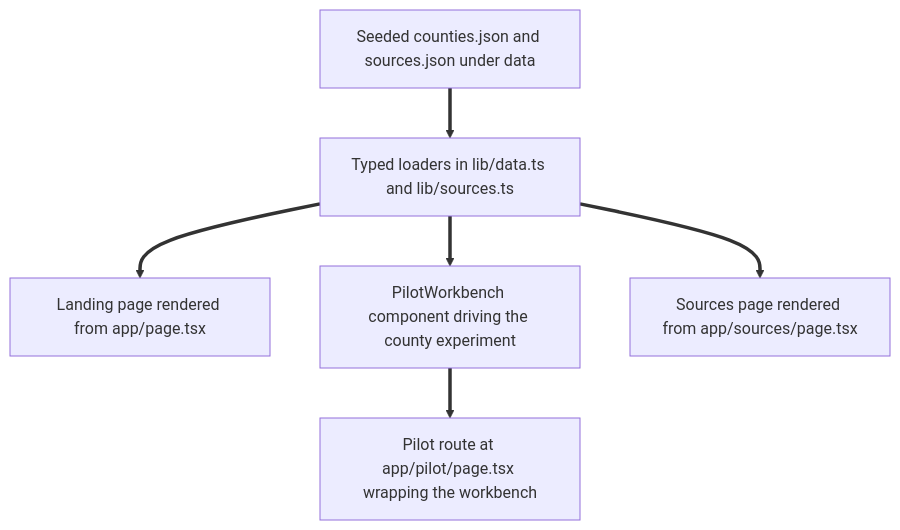
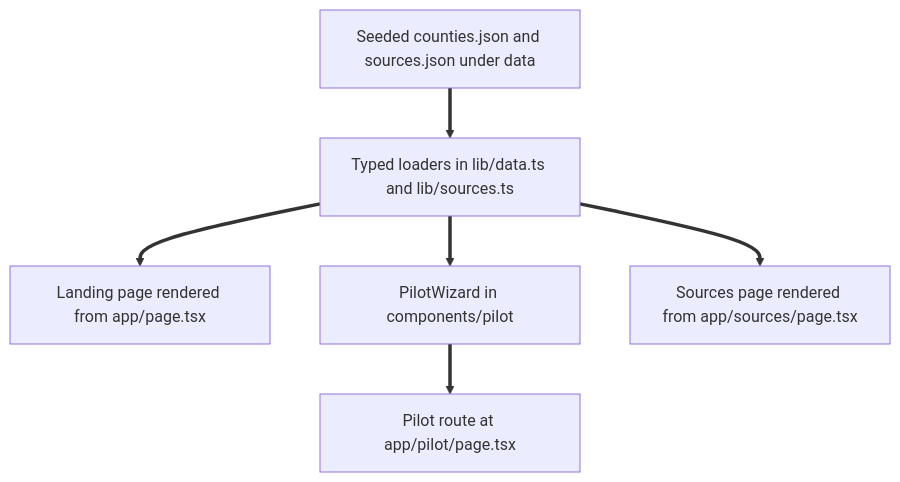
The second of 2 diagrams in README.md (Vitrehac/CareGap-FI), drawn with Mermaid before and after one commit. The commit also changed other lines of this file and 5 other files, not shown here.

````diff
--- a/README.md
+++ b/README.md
@@ -47,8 +47,8 @@
 ```mermaid
 flowchart TD
   seed["Seeded counties.json and sources.json under data"] ==> loaders["Typed loaders in lib/data.ts and lib/sources.ts"]
   loaders ==> home["Landing page rendered from app/page.tsx"]
-  loaders ==> workbench["PilotWorkbench component driving the county experiment"]
+  loaders ==> wizard["PilotWizard in components/pilot"]
   loaders ==> sourcesPage["Sources page rendered from app/sources/page.tsx"]
-  workbench ==> pilotPage["Pilot route at app/pilot/page.tsx wrapping the workbench"]
+  wizard ==> pilotPage["Pilot route at app/pilot/page.tsx"]
 ```
````
